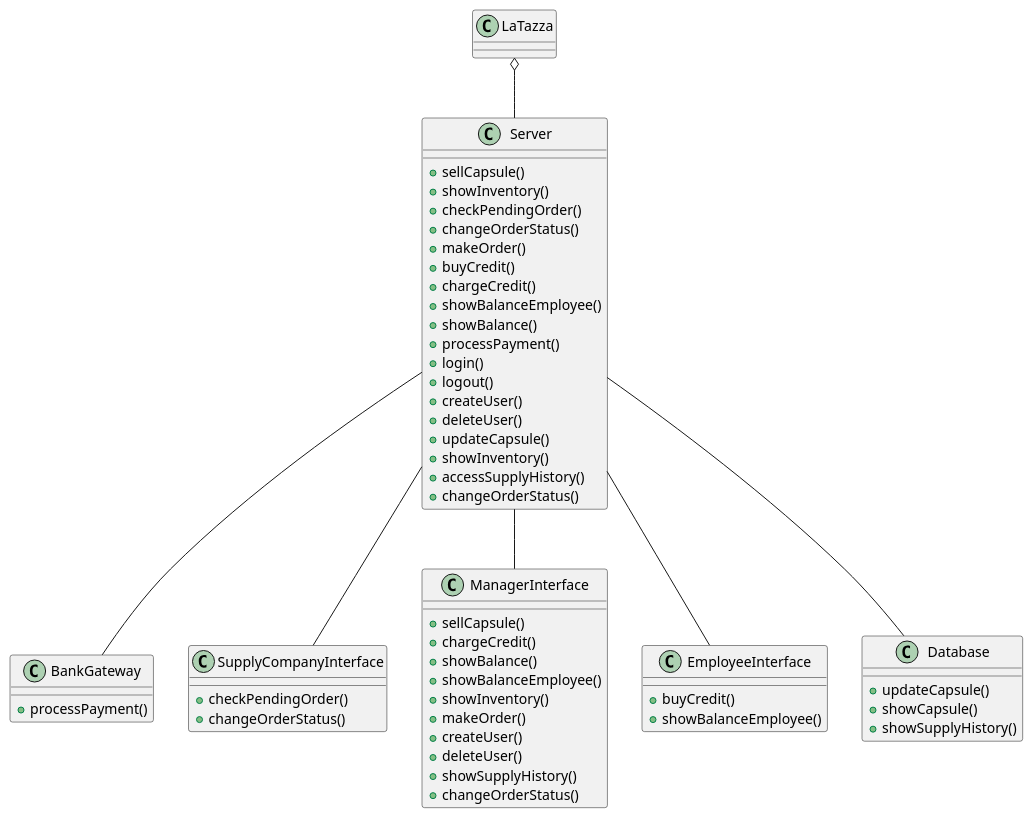
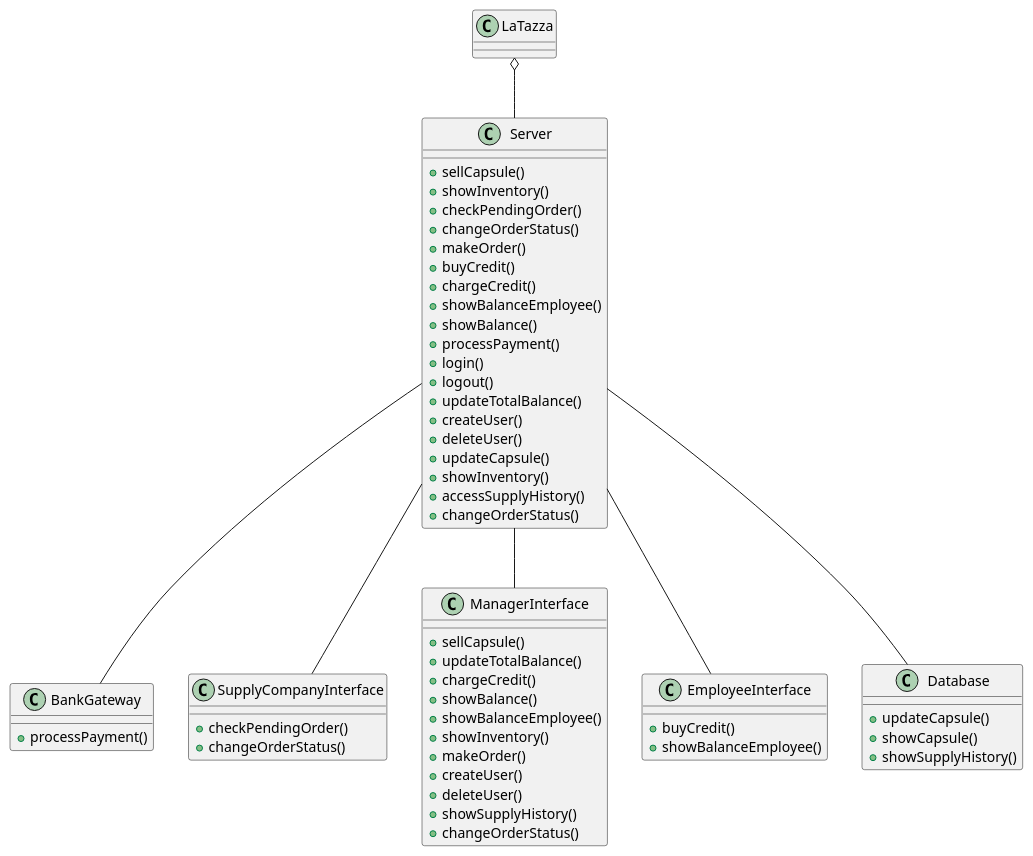
One commit to roypaulin/laTazza changed the fourth of 4 diagrams in Project/Requirements/RequirementDocument.md. Above: the diagram before and after it, drawn with PlantUML. The commit also changed other lines of this file, not shown here.

````diff
--- a/Project/Requirements/RequirementDocument.md
+++ b/Project/Requirements/RequirementDocument.md
@@ -414,73 +414,75 @@
 ```plantuml
 class LaTazza{
 
 }
 
 class Server{
 /' management Capsule '/
 +sellCapsule()
 +showInventory()
 /' SupplyCompany related functions '/
 +checkPendingOrder()
 +changeOrderStatus()
 +makeOrder()
 /' management Credit '/
 +buyCredit()
 +chargeCredit()
 +showBalanceEmployee()
 /' LaTazza balance'/
 +showBalance()
 /' BankingSystem related functions '/
 +processPayment()
 +login()
 +logout()
++updateTotalBalance()
 +createUser()
 +deleteUser()
 +updateCapsule()
 +showInventory()
 +accessSupplyHistory()
 +changeOrderStatus()
 }
 
 class BankGateway{
 +processPayment()
 }
 
 class SupplyCompanyInterface{
 +checkPendingOrder()
 +changeOrderStatus()
 }
 
 class ManagerInterface{
 +sellCapsule()
++updateTotalBalance()
 +chargeCredit()
 +showBalance()
 +showBalanceEmployee()
 +showInventory()
 +makeOrder()
 +createUser()
 +deleteUser()
 +showSupplyHistory()
 +changeOrderStatus()
 }
 
 class EmployeeInterface{
 +buyCredit()
 +showBalanceEmployee()
 }
 
 class Database{
 +updateCapsule()
 +showCapsule()
 +showSupplyHistory()
 }
 
 
 LaTazza o--  Server
 Server -- BankGateway
 Server -- ManagerInterface
 Server -- EmployeeInterface
 Server -- SupplyCompanyInterface
 Server -- Database
 
 ```
````
